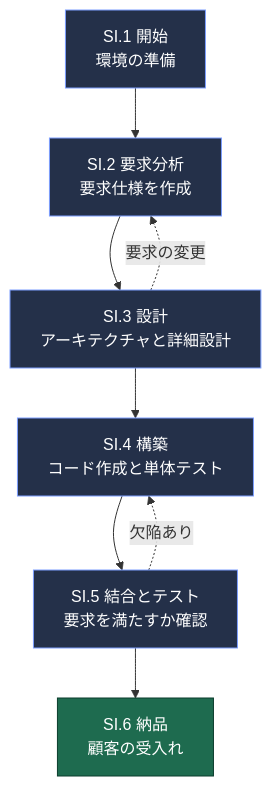
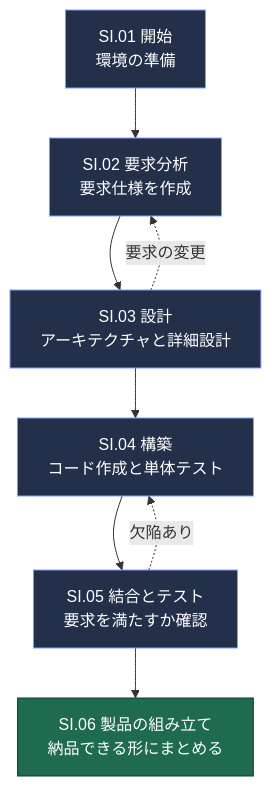
One commit to myoshi2891/Quality-Assurance-Studies changed the eighth of 13 diagrams in Iso-iec-29110-5-1-2-2025-beginner-guide.md. Above: the diagram before and after it, drawn with Mermaid. The commit also changed other lines of this file, not shown here.

````diff
--- a/Iso-iec-29110-5-1-2-2025-beginner-guide.md
+++ b/Iso-iec-29110-5-1-2-2025-beginner-guide.md
@@ -361,14 +361,14 @@
 ```mermaid
 flowchart TB
-    SI1["SI.1 開始<br/>環境の準備"] --> SI2["SI.2 要求分析<br/>要求仕様を作成"]
-    SI2 --> SI3["SI.3 設計<br/>アーキテクチャと詳細設計"]
-    SI3 --> SI4["SI.4 構築<br/>コード作成と単体テスト"]
-    SI4 --> SI5["SI.5 結合とテスト<br/>要求を満たすか確認"]
-    SI5 --> SI6["SI.6 納品<br/>顧客の受入れ"]
+    SI1["SI.01 開始<br/>環境の準備"] --> SI2["SI.02 要求分析<br/>要求仕様を作成"]
+    SI2 --> SI3["SI.03 設計<br/>アーキテクチャと詳細設計"]
+    SI3 --> SI4["SI.04 構築<br/>コード作成と単体テスト"]
+    SI4 --> SI5["SI.05 結合とテスト<br/>要求を満たすか確認"]
+    SI5 --> SI6["SI.06 製品の組み立て<br/>納品できる形にまとめる"]
     SI5 -.->|"欠陥あり"| SI4
     SI3 -.->|"要求の変更"| SI2
     classDef s fill:#243049,stroke:#7c9eff,color:#ffffff
     classDef fin fill:#1e6b4f,stroke:#0b3d2c,color:#ffffff
     class SI1,SI2,SI3,SI4,SI5 s
     class SI6 fin
 ```
````
